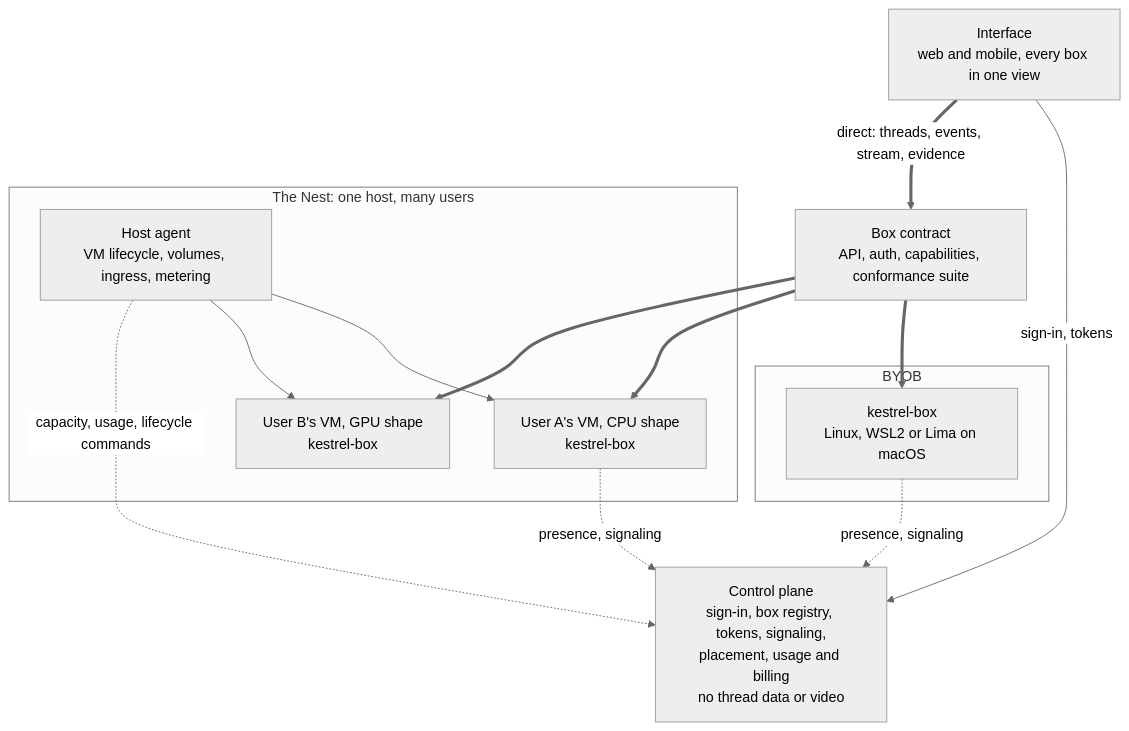
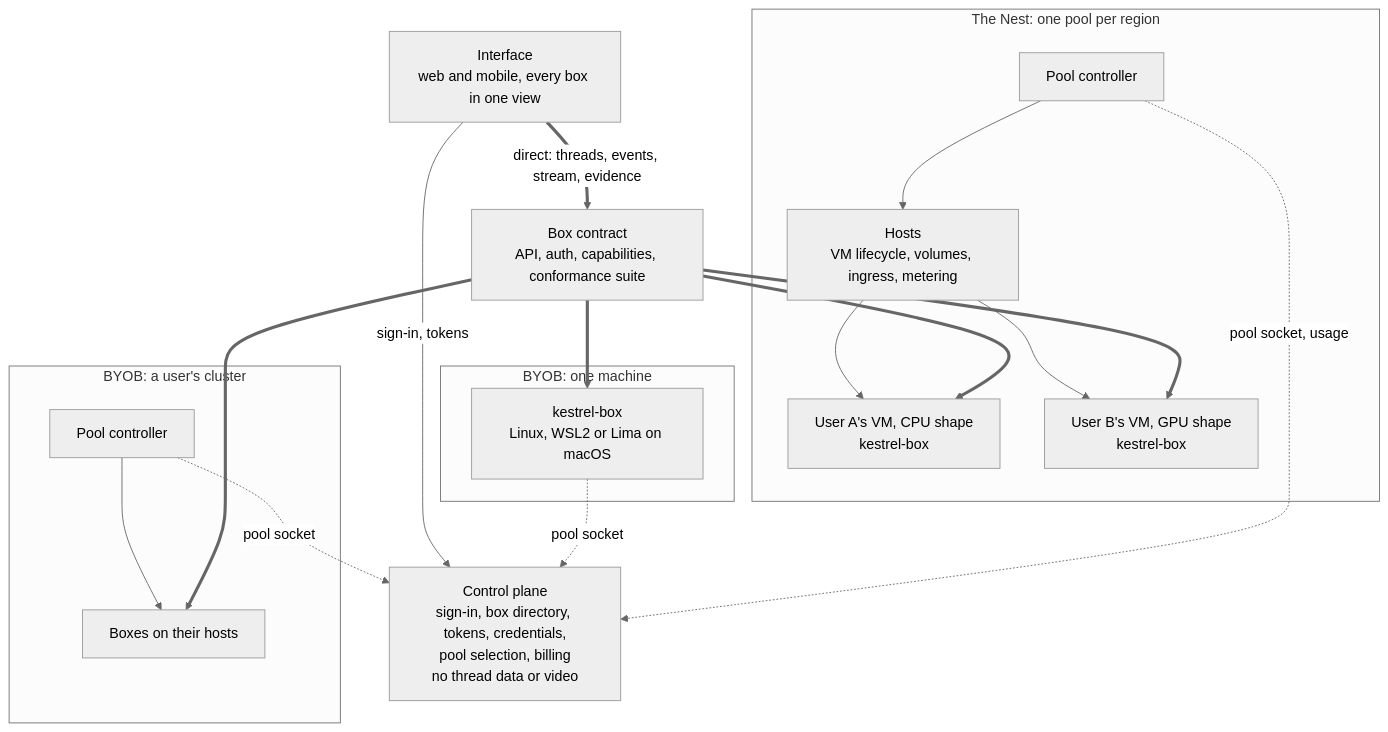
One commit to jarenm1/kestrel changed the first of 2 diagrams in docs/goal-state.md. Above: the diagram before and after it, drawn with Mermaid (neutral theme). The commit also changed other lines of this file and 5 other files, not shown here.

````diff
--- a/docs/goal-state.md
+++ b/docs/goal-state.md
@@ -32,27 +41,36 @@
 ```mermaid
 flowchart TB
   APP["Interface<br/>web and mobile, every box in one view"]
-  CP["Control plane<br/>sign-in, box registry, tokens, signaling,<br/>placement, usage and billing<br/>no thread data or video"]
-  CONTRACT["Box contract<br/>API, auth, capabilities, conformance suite"]
+  CP["Control plane<br/>sign-in, box directory, tokens, credentials,<br/>pool selection, billing<br/>no thread data or video"]
+  BOXC["Box contract<br/>API, auth, capabilities, conformance suite"]
 
-  subgraph BYOB["BYOB"]
+  subgraph MACHINE["BYOB: one machine"]
     UB["kestrel-box<br/>Linux, WSL2 or Lima on macOS"]
   end
 
-  subgraph NEST["The Nest: one host, many users"]
-    HA["Host agent<br/>VM lifecycle, volumes, ingress, metering"]
+  subgraph CLUSTER["BYOB: a user's cluster"]
+    UC["Pool controller"]
+    UV["Boxes on their hosts"]
+    UC --> UV
+  end
+
+  subgraph NEST["The Nest: one pool per region"]
+    NC["Pool controller"]
+    HA["Hosts<br/>VM lifecycle, volumes, ingress, metering"]
     VM1["User A's VM, CPU shape<br/>kestrel-box"]
     VM2["User B's VM, GPU shape<br/>kestrel-box"]
+    NC --> HA
     HA --> VM1
     HA --> VM2
   end
 
   APP -->|"sign-in, tokens"| CP
-  APP ==>|"direct: threads, events, stream, evidence"| CONTRACT
-  CONTRACT ==> UB
-  CONTRACT ==> VM1
-  CONTRACT ==> VM2
-  UB -.->|"presence, signaling"| CP
-  VM1 -.->|"presence, signaling"| CP
-  HA -.->|"capacity, usage, lifecycle commands"| CP
+  APP ==>|"direct: threads, events, stream, evidence"| BOXC
+  BOXC ==> UB
+  BOXC ==> UV
+  BOXC ==> VM1
+  BOXC ==> VM2
+  UB -.->|"pool socket"| CP
+  UC -.->|"pool socket"| CP
+  NC -.->|"pool socket, usage"| CP
 ```
````
